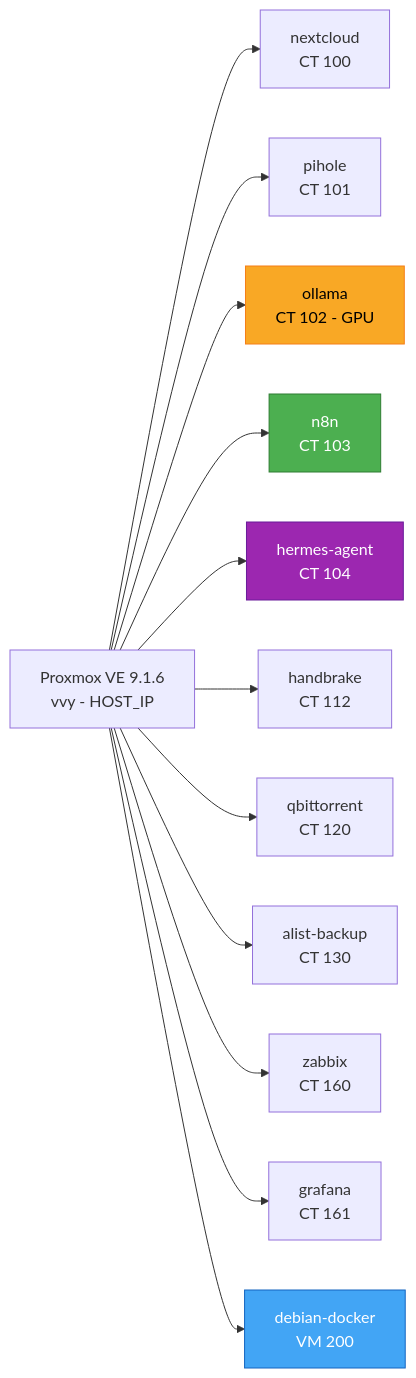
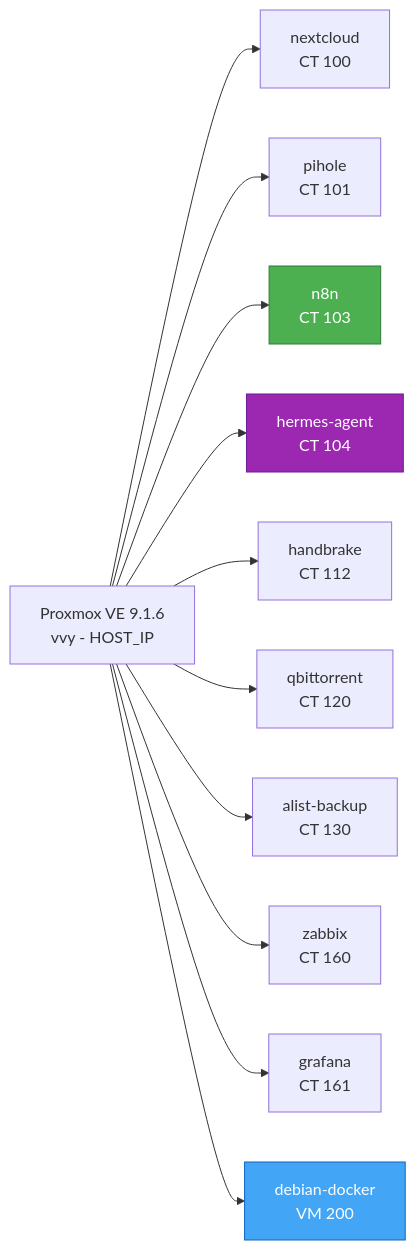
Before and after one commit to mviniciusy/vvy-homelab: the diagram in docs/proxmox-setup.md, drawn with Mermaid. The commit also changed other lines of this file and 12 other files, not shown here.

Commit message:
sync: remoção RTX 3060 — limpeza GPU NVIDIA e Ollama

````diff
--- a/docs/proxmox-setup.md
+++ b/docs/proxmox-setup.md
@@ -15,19 +15,18 @@
 ```mermaid
 graph LR
     PVE[Proxmox VE 9.1.6<br/>vvy - HOST_IP] --> LXC100[nextcloud<br/>CT 100]
     PVE --> LXC101[pihole<br/>CT 101]
-    PVE --> LXC102[ollama<br/>CT 102 - GPU]
+   
     PVE --> LXC103[n8n<br/>CT 103]
     PVE --> LXC104[hermes-agent<br/>CT 104]
     PVE --> LXC112[handbrake<br/>CT 112]
     PVE --> LXC120[qbittorrent<br/>CT 120]
     PVE --> LXC130[alist-backup<br/>CT 130]
     PVE --> LXC160[zabbix<br/>CT 160]
     PVE --> LXC161[grafana<br/>CT 161]
     PVE --> VM200[debian-docker<br/>VM 200]
 
-    style LXC102 fill:#f9a825,stroke:#f57f17,color:#000
-    style LXC103 fill:#4caf50,stroke:#2e7d32,color:#fff
+       style LXC103 fill:#4caf50,stroke:#2e7d32,color:#fff
     style LXC104 fill:#9c27b0,stroke:#6a1b9a,color:#fff
     style VM200 fill:#42a5f5,stroke:#1565c0,color:#fff
 ```
````
